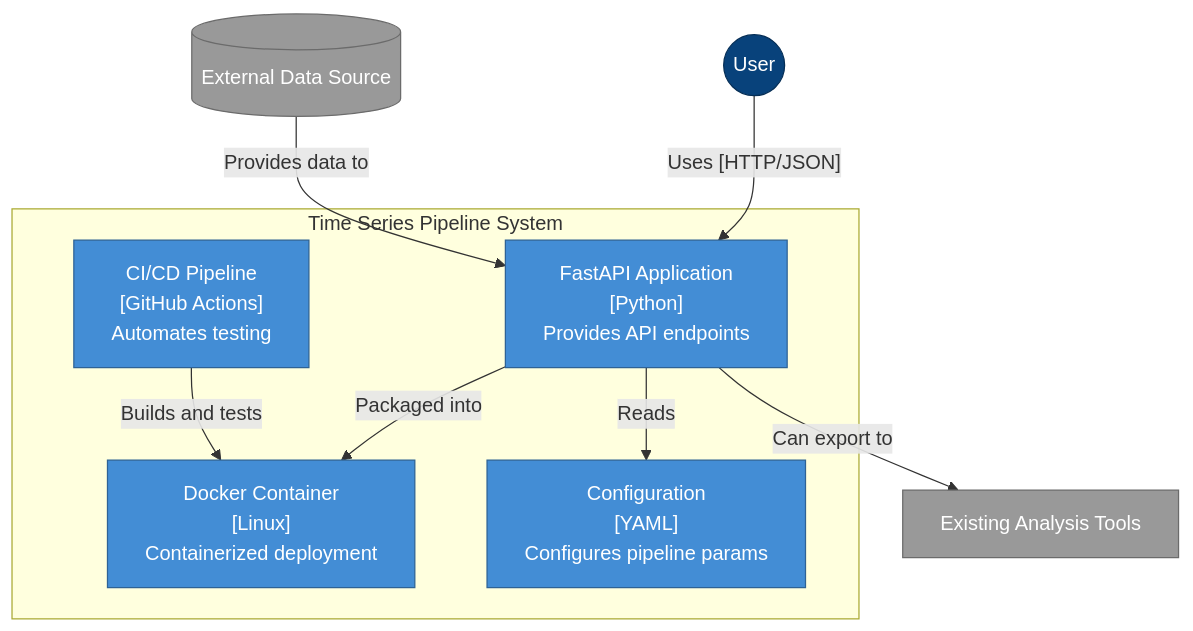
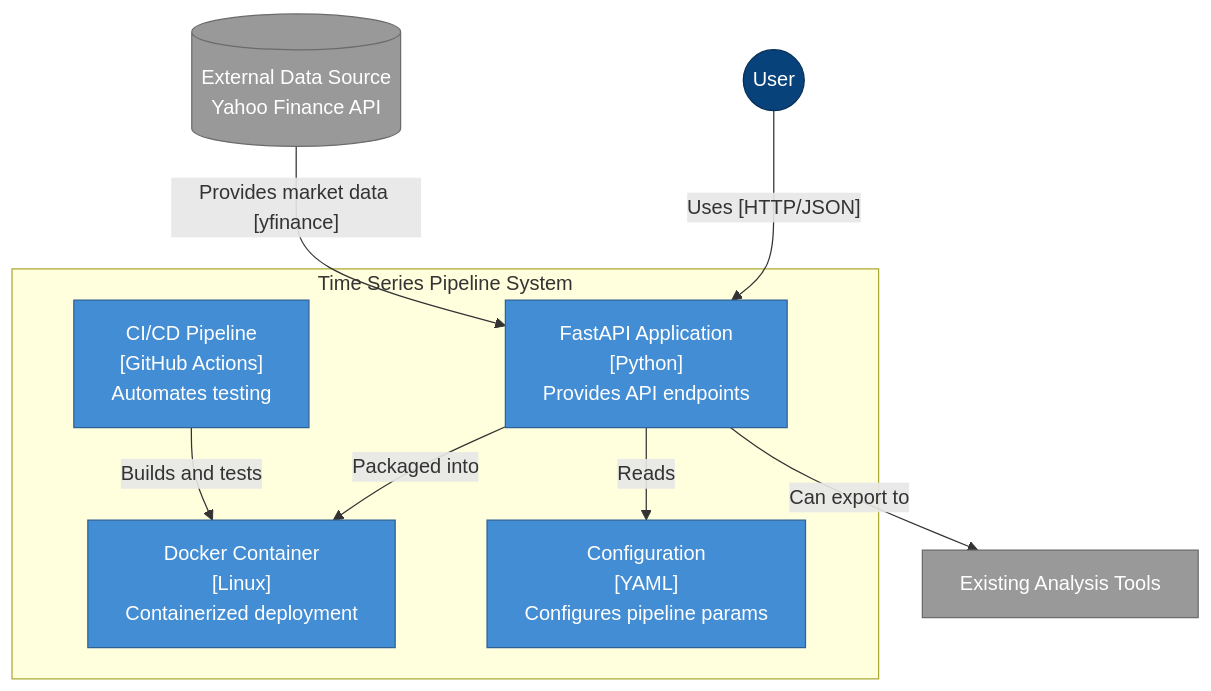
The second of 5 diagrams in README.md (garthmortensen/timeseries-api), drawn with Mermaid before and after one commit. The commit also changed other lines of this file, not shown here.

````diff
--- a/README.md
+++ b/README.md
@@ -242,31 +244,31 @@
 ```mermaid
 flowchart TB
     %% Styling
     classDef person fill:#08427B,color:#fff,stroke:#052E56,stroke-width:1px
     classDef container fill:#438DD5,color:#fff,stroke:#2E6295,stroke-width:1px
     classDef external fill:#999999,color:#fff,stroke:#6B6B6B,stroke-width:1px
     classDef system fill:#1168BD,color:#fff,stroke:#0B4884,stroke-width:1px
     
     %% Person
     User((User)):::person
     
     %% System boundary
     subgraph TimeSeriesPipeline["Time Series Pipeline System"]
         FastAPI["FastAPI Application<br>[Python]<br>Provides API endpoints"]:::container
         Dockerized["Docker Container<br>[Linux]<br>Containerized deployment"]:::container
         Config["Configuration<br>[YAML]<br>Configures pipeline params"]:::container
         CIpipeline["CI/CD Pipeline<br>[GitHub Actions]<br>Automates testing"]:::container
     end
     
     %% External Systems
-    ExternalDataSource[(External Data Source)]:::external
+    ExternalDataSource[(External Data Source<br>Yahoo Finance API)]:::external
     ExistingAnalysisTool[Existing Analysis Tools]:::external
     
     %% Relationships
     User -- "Uses [HTTP/JSON]" --> FastAPI
     FastAPI -- "Reads" --> Config
     FastAPI -- "Packaged into" --> Dockerized
     CIpipeline -- "Builds and tests" --> Dockerized
-    ExternalDataSource -- "Provides data to" --> FastAPI
+    ExternalDataSource -- "Provides market data [yfinance]" --> FastAPI
     FastAPI -- "Can export to" --> ExistingAnalysisTool
 ```
````
